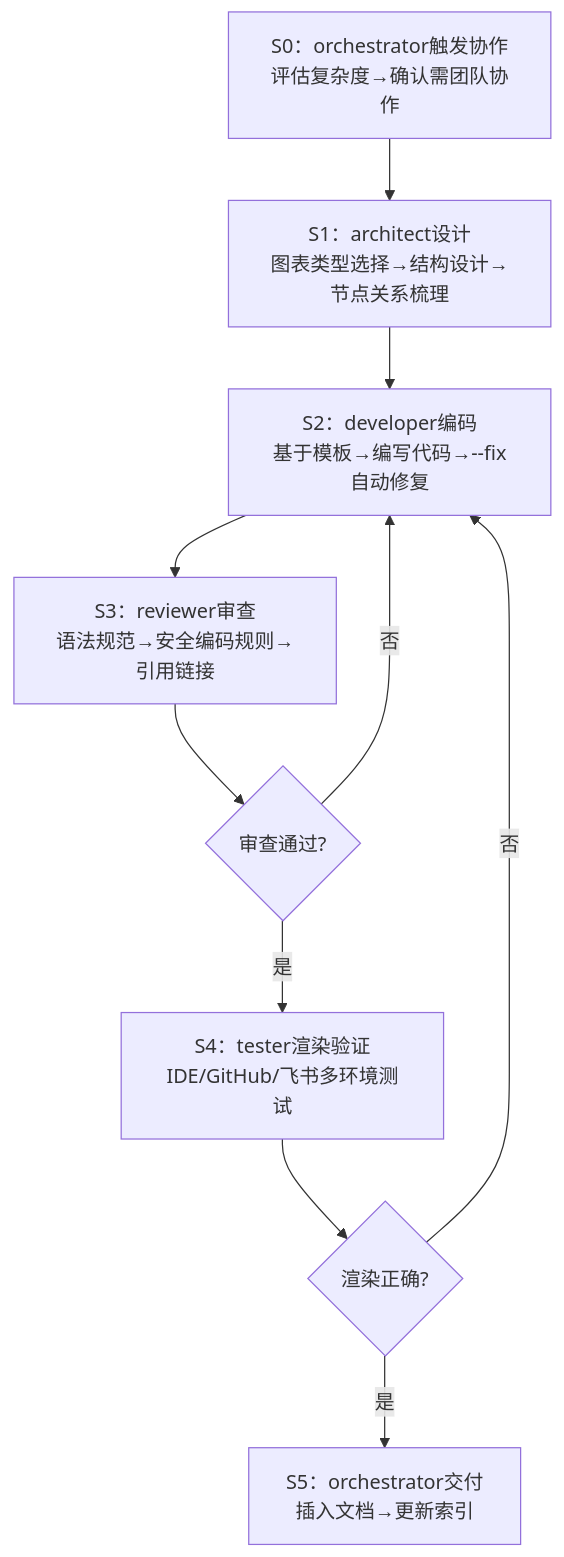
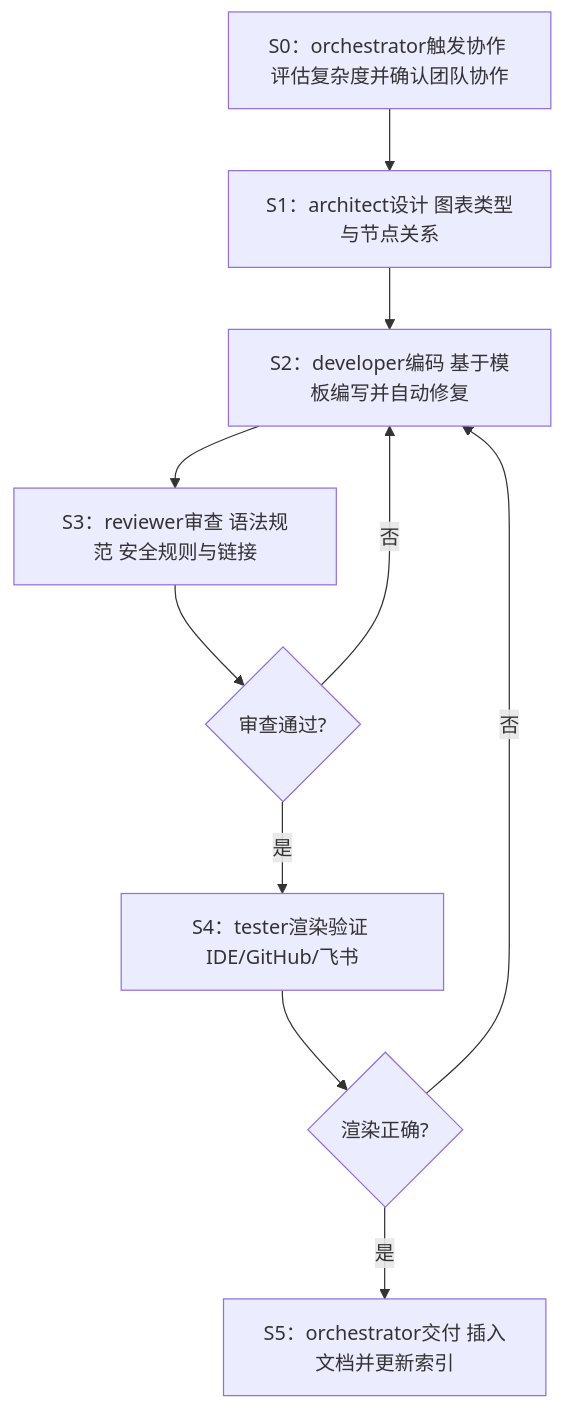
The second of 3 diagrams in .agents/teams/mermaid-team.md (xinetzone/SpecWeave), drawn with Mermaid before and after one commit. The commit also changed other lines of this file and 41 other files, not shown here.

First line of the commit message:
feat(mermaid): CI历史债务ratchet基线门禁与节点文本单行化策略

````diff
--- a/.agents/teams/mermaid-team.md
+++ b/.agents/teams/mermaid-team.md
@@ -78,12 +78,12 @@
 ```mermaid
 flowchart TD
-    A["S0：orchestrator触发协作<br/>评估复杂度→确认需团队协作"] --> B["S1：architect设计<br/>图表类型选择→结构设计→节点关系梳理"]
-    B --> C["S2：developer编码<br/>基于模板→编写代码→--fix自动修复"]
-    C --> D["S3：reviewer审查<br/>语法规范→安全编码规则→引用链接"]
+    A["S0：orchestrator触发协作 评估复杂度并确认团队协作"] --> B["S1：architect设计 图表类型与节点关系"]
+    B --> C["S2：developer编码 基于模板编写并自动修复"]
+    C --> D["S3：reviewer审查 语法规范 安全规则与链接"]
     D --> E{"审查通过?"}
     E -->|"否"| C
-    E -->|"是"| F["S4：tester渲染验证<br/>IDE/GitHub/飞书多环境测试"]
+    E -->|"是"| F["S4：tester渲染验证 IDE/GitHub/飞书"]
     F --> G{"渲染正确?"}
     G -->|"否"| C
-    G -->|"是"| H["S5：orchestrator交付<br/>插入文档→更新索引"]
+    G -->|"是"| H["S5：orchestrator交付 插入文档并更新索引"]
 ```
````
